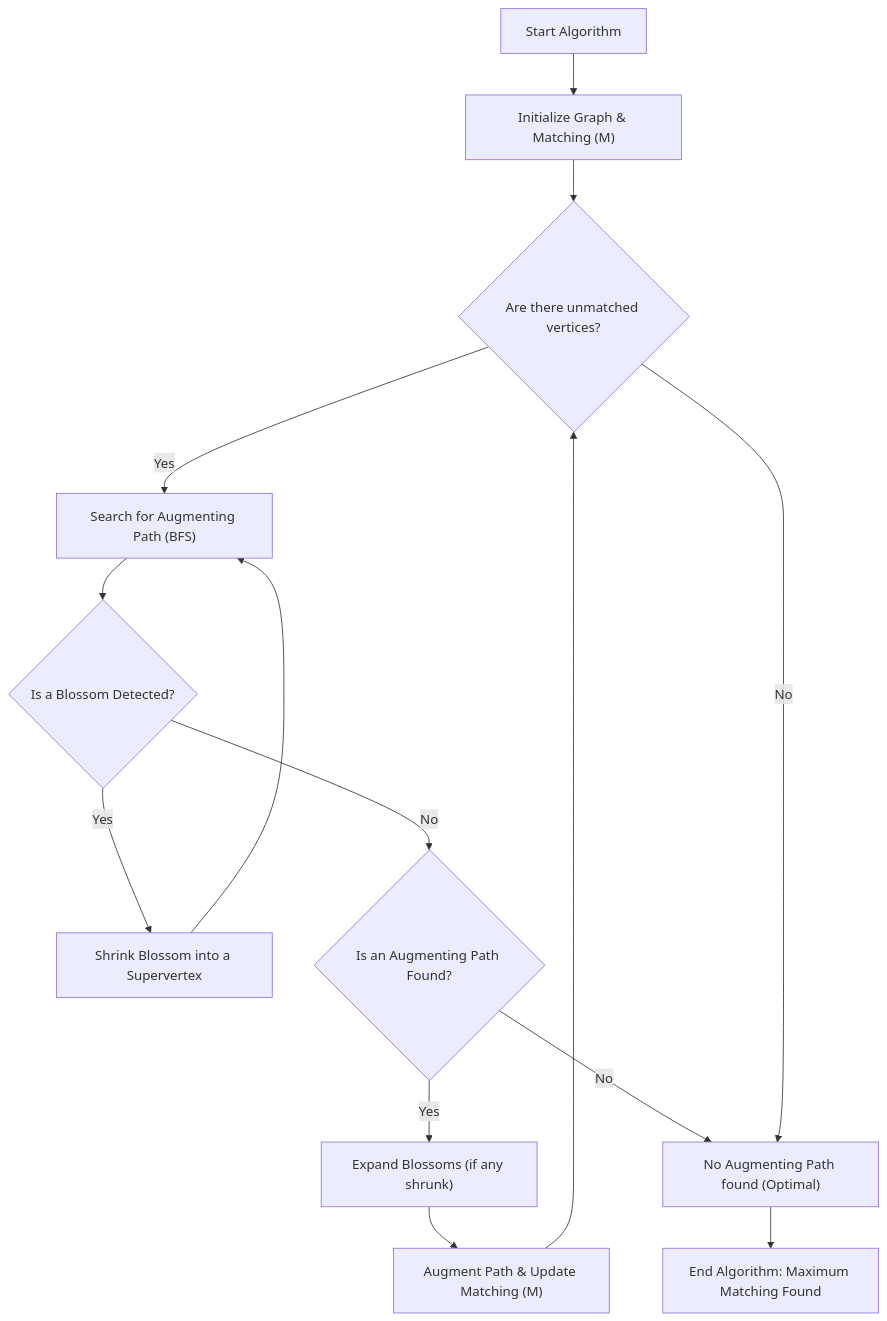
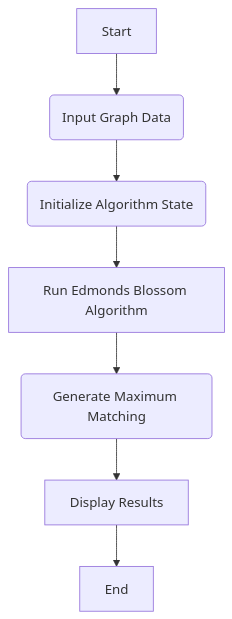
Before and after one commit to grewal16/edmonds-blossom-algorithm: the diagram in README.md, drawn with Mermaid. The commit also changed other lines of this file, not shown here.

````diff
--- a/README.md
+++ b/README.md
@@ -29,16 +28,9 @@
 ```mermaid
 graph TD
-    A["Start Algorithm"] --> B["Initialize Graph & Matching (M)"]
-    B --> C{"Are there unmatched vertices?"}
-    C -- "Yes" --> D["Search for Augmenting Path (BFS)"]
-    D --> E{"Is a Blossom Detected?"}
-    E -- "Yes" --> F["Shrink Blossom into a Supervertex"]
-    F --> D
-    E -- "No" --> G{"Is an Augmenting Path Found?"}
-    G -- "Yes" --> H["Expand Blossoms (if any shrunk)"]
-    H --> I["Augment Path & Update Matching (M)"]
-    I --> C
-    G -- "No" --> J["No Augmenting Path found (Optimal)"]
-    C -- "No" --> J
-    J --> K["End Algorithm: Maximum Matching Found"]
+    A[Start] --> B(Input Graph Data);
+    B --> C(Initialize Algorithm State);
+    C --> D[Run Edmonds Blossom Algorithm];
+    D --> E(Generate Maximum Matching);
+    E --> F[Display Results];
+    F --> G[End];
 ```
````
